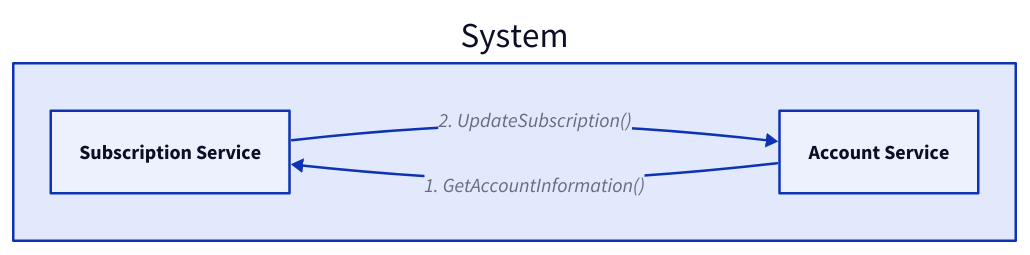
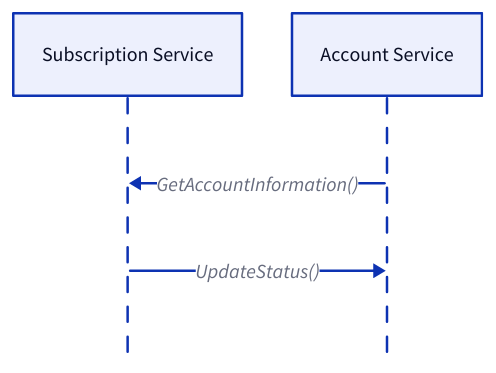
One commit to link1905/system-design-101 changed the fifth of 15 diagrams in content/web-service/microservice.md. Above: the diagram before and after it, drawn with D2. The commit also changed other lines of this file and 13 other files, not shown here.

````diff
--- a/content/web-service/microservice.md
+++ b/content/web-service/microservice.md
@@ -292,13 +276,11 @@
 ```d2
-direction: right
-system: System {
-    s: Subscription Service {
-      class: server
-    }
-    acc: Account Service {
-      class: server
-    }
-    s <- acc: "1. GetAccountInformation()"
-    s -> acc: "2. UpdateSubscription()"
+shape: sequence_diagram
+s: Subscription Service {
+  class: server
 }
+acc: Account Service {
+  class: server
+}
+s <- acc: GetAccountInformation()
+s -> acc: UpdateStatus()
 ```
````
